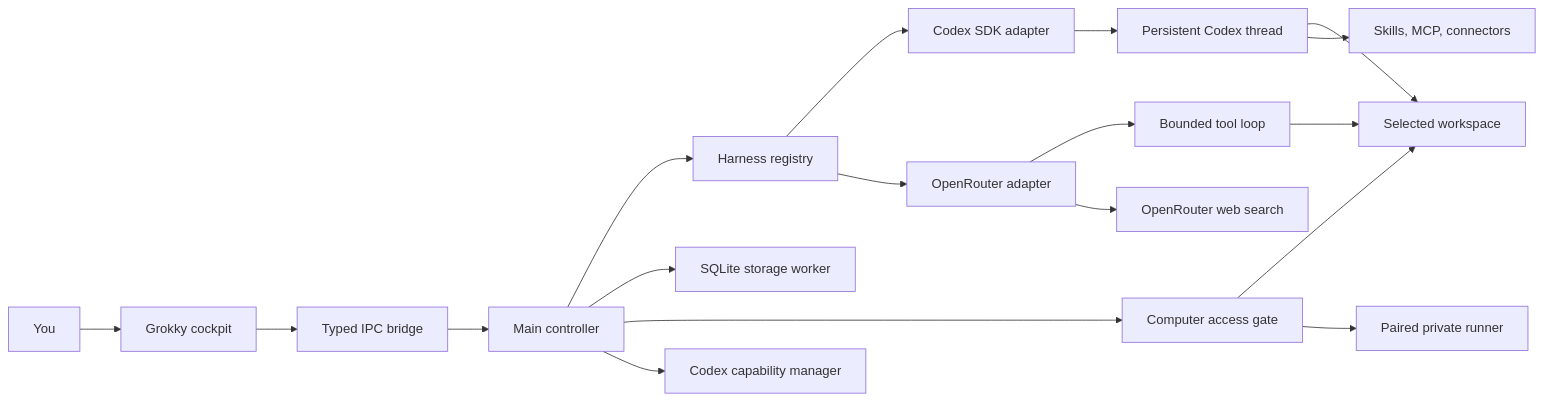
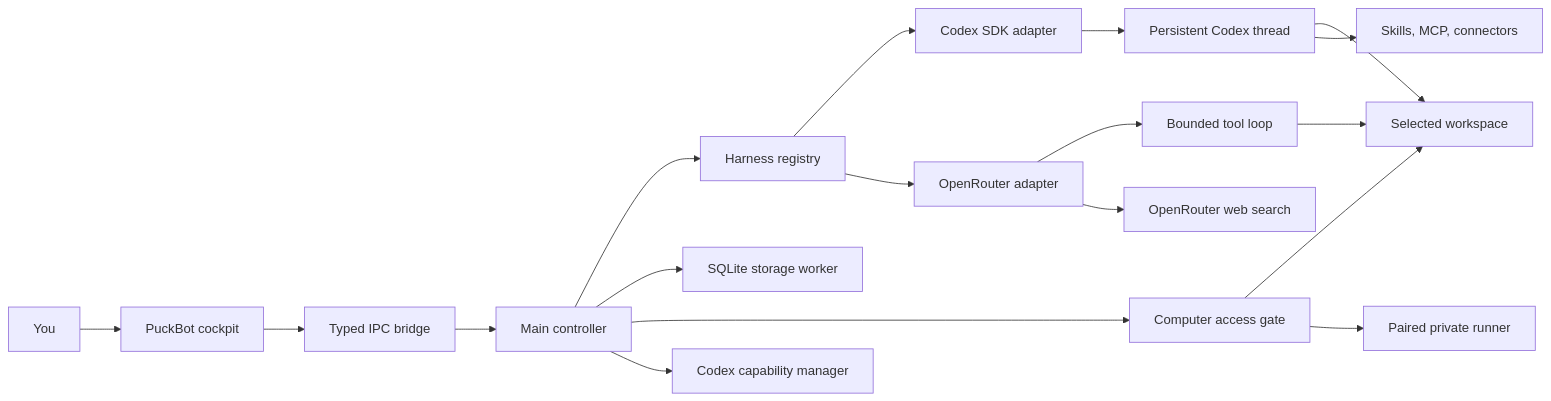
One commit to jasonagency/grokky changed the first of 4 diagrams in README.md. Above: the diagram before and after it, drawn with Mermaid. The commit also changed other lines of this file and 60 other files, not shown here.

Commit message:
feat(app): migrate identity to PuckBot

````diff
--- a/README.md
+++ b/README.md
@@ -50,24 +50,24 @@
 ```mermaid
 flowchart LR
-  U[You] --> UI[Grokky cockpit]
+  U[You] --> UI[PuckBot cockpit]
   UI --> B[Typed IPC bridge]
   B --> C[Main controller]
 
   C --> HR[Harness registry]
   HR --> CX[Codex SDK adapter]
   HR --> OR[OpenRouter adapter]
   C --> DB[SQLite storage worker]
   C --> CA[Computer access gate]
   C --> CM[Codex capability manager]
 
   CX --> CT[Persistent Codex thread]
   CT --> CW[Selected workspace]
   CT --> CC[Skills, MCP, connectors]
 
   OR --> OL[Bounded tool loop]
   OL --> CW
   OR --> OW[OpenRouter web search]
 
   CA --> CW
   CA --> RR[Paired private runner]
 ```
````
